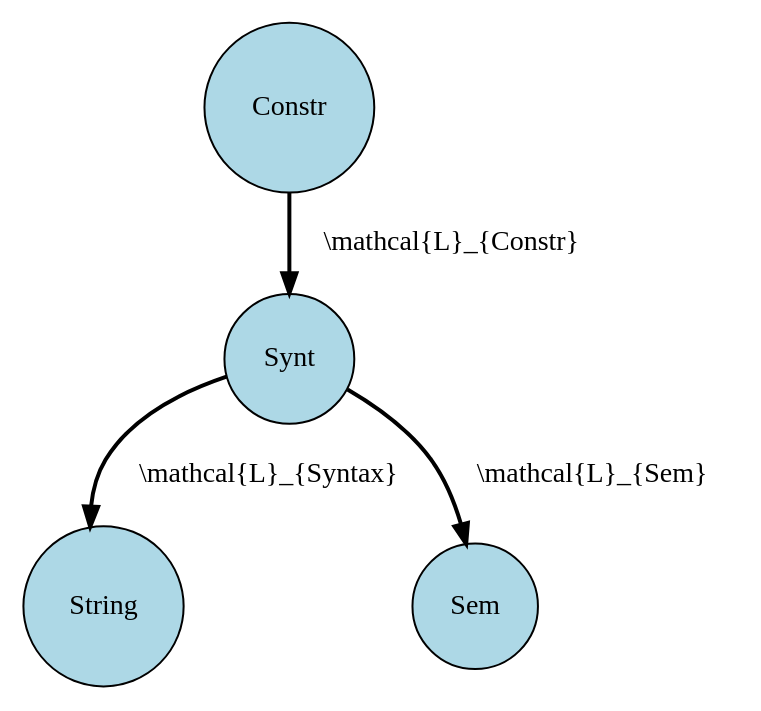
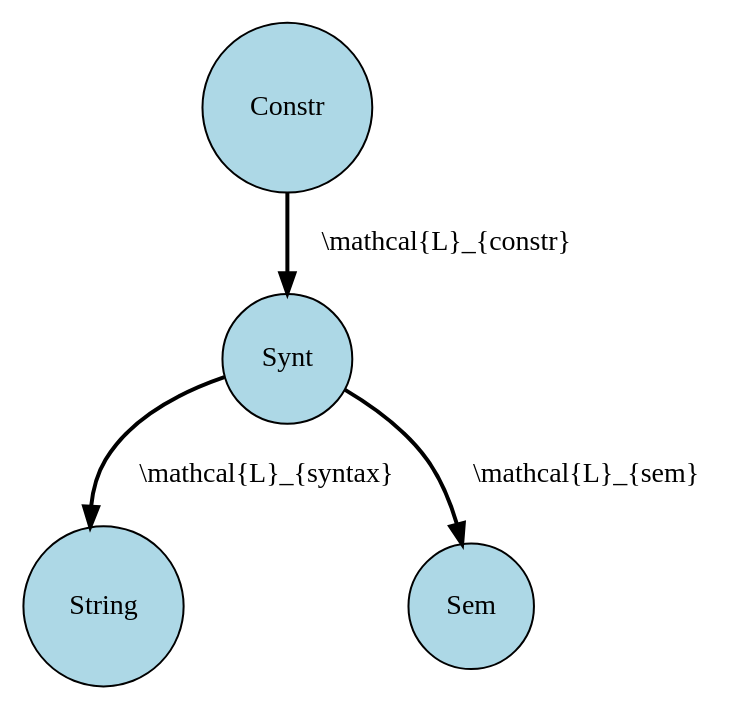
Before and after one commit to jirkamarsik/master-thesis: the diagram in diagrams/serial-over-parallel.dot, drawn with Graphviz. The commit also changed 31 other files, not shown here.

```diff
--- a/diagrams/serial-over-parallel.dot
+++ b/diagrams/serial-over-parallel.dot
@@ -1,7 +1,7 @@
 strict digraph "serial-over-parallel" {
   node [shape="circle",style="filled",fillcolor="lightblue"]
   edge [style="bold"]
-  "Constr" -> "Synt" [label="\\mathcal{L}_{Constr}"]
-  "Synt" -> "String" [label="\\mathcal{L}_{Syntax}"]
-  "Synt" -> "Sem" [label="\\mathcal{L}_{Sem}"]
+  "Constr" -> "Synt" [label="\\mathcal{L}_{constr}"]
+  "Synt" -> "String" [label="\\mathcal{L}_{syntax}"]
+  "Synt" -> "Sem" [label="\\mathcal{L}_{sem}"]
 }
```
